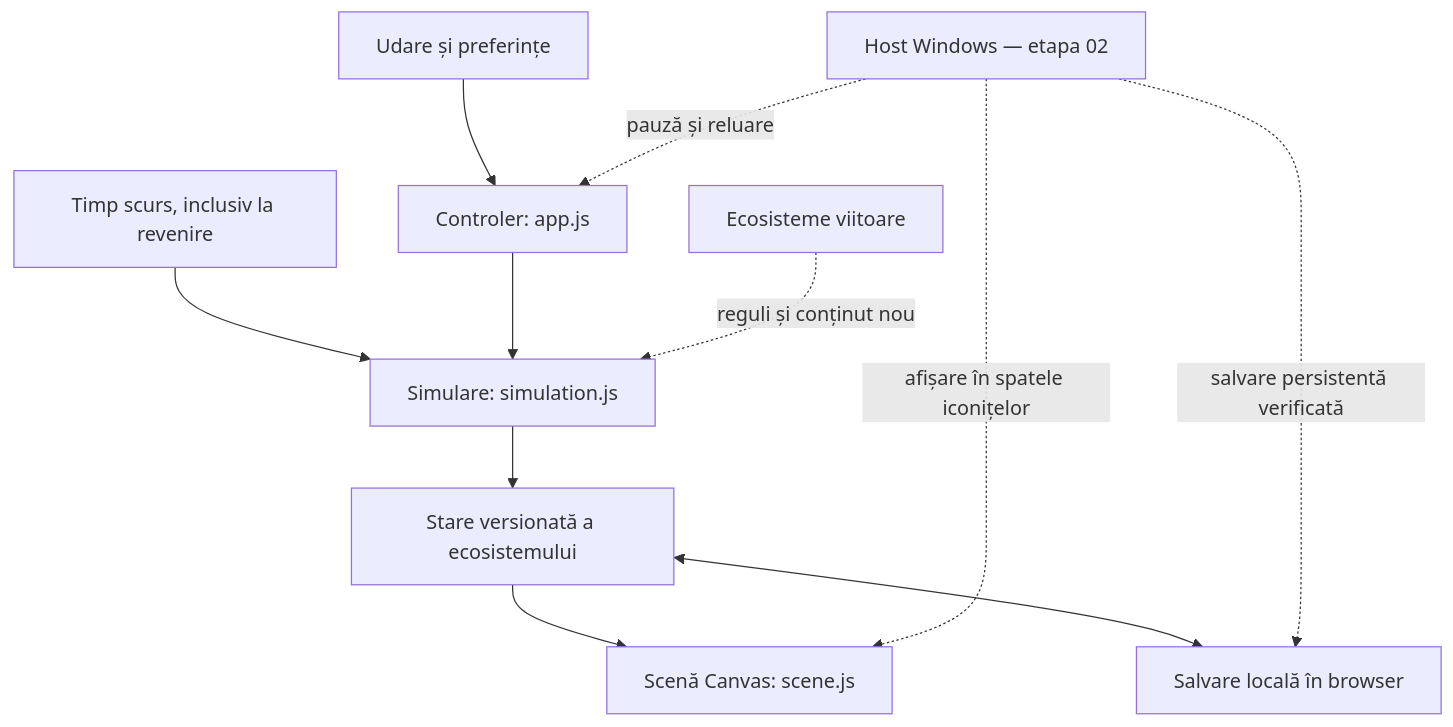
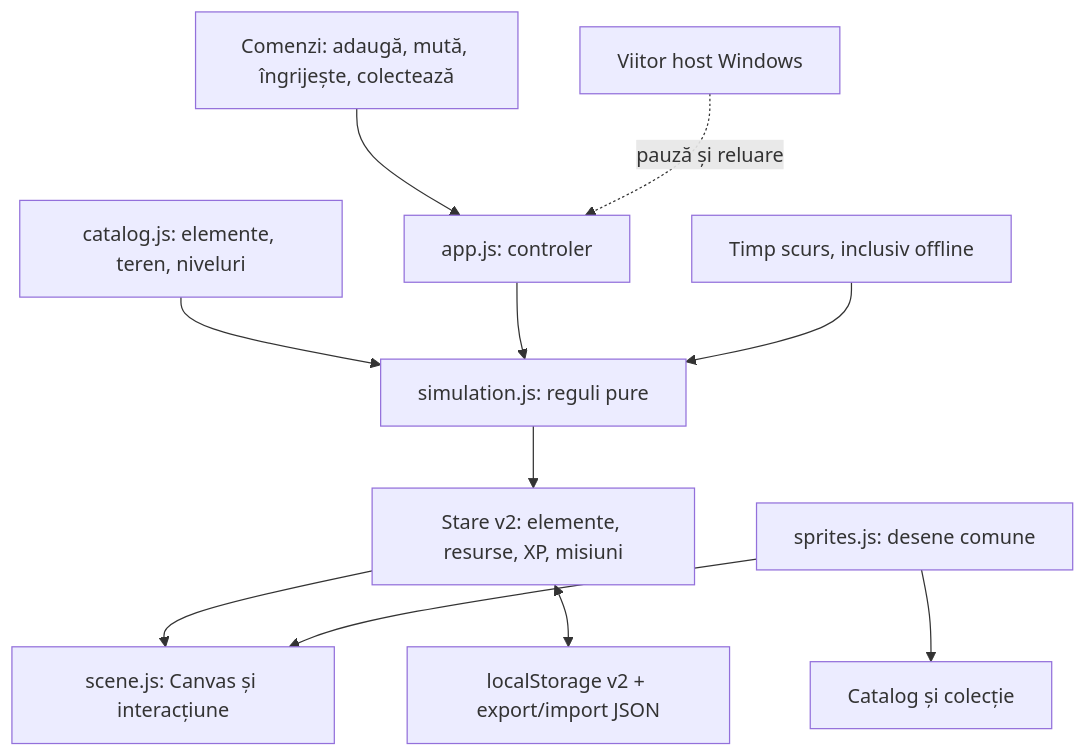
One commit to Pisicafumata/cevaNou changed the diagram in docs/PLAN.md. Above: the diagram before and after it, drawn with Mermaid. The commit also changed other lines of this file and 12 other files, not shown here.

````diff
--- a/docs/PLAN.md
+++ b/docs/PLAN.md
@@ -11,13 +11,13 @@
 ```mermaid
 flowchart TD
-    A[Udare și preferințe] --> B[Controler: app.js]
-    T[Timp scurs, inclusiv la revenire] --> C[Simulare: simulation.js]
-    B --> C
-    C --> D[Stare versionată a ecosistemului]
-    D --> E[Scenă Canvas: scene.js]
-    D <--> F[Salvare locală în browser]
-    H[Host Windows — etapa 02] -. pauză și reluare .-> B
-    H -. afișare în spatele iconițelor .-> E
-    H -. salvare persistentă verificată .-> F
-    N[Ecosisteme viitoare] -. reguli și conținut nou .-> C
+    Catalog[catalog.js: elemente, teren, niveluri] --> Rules[simulation.js: reguli pure]
+    Actions[Comenzi: adaugă, mută, îngrijește, colectează] --> App[app.js: controler]
+    App --> Rules
+    Clock[Timp scurs, inclusiv offline] --> Rules
+    Rules --> State[Stare v2: elemente, resurse, XP, misiuni]
+    State --> Renderer[scene.js: Canvas și interacțiune]
+    Sprites[sprites.js: desene comune] --> Renderer
+    Sprites --> Collection[Catalog și colecție]
+    State <--> Save[localStorage v2 + export/import JSON]
+    Host[Viitor host Windows] -. pauză și reluare .-> App
 ```
````
